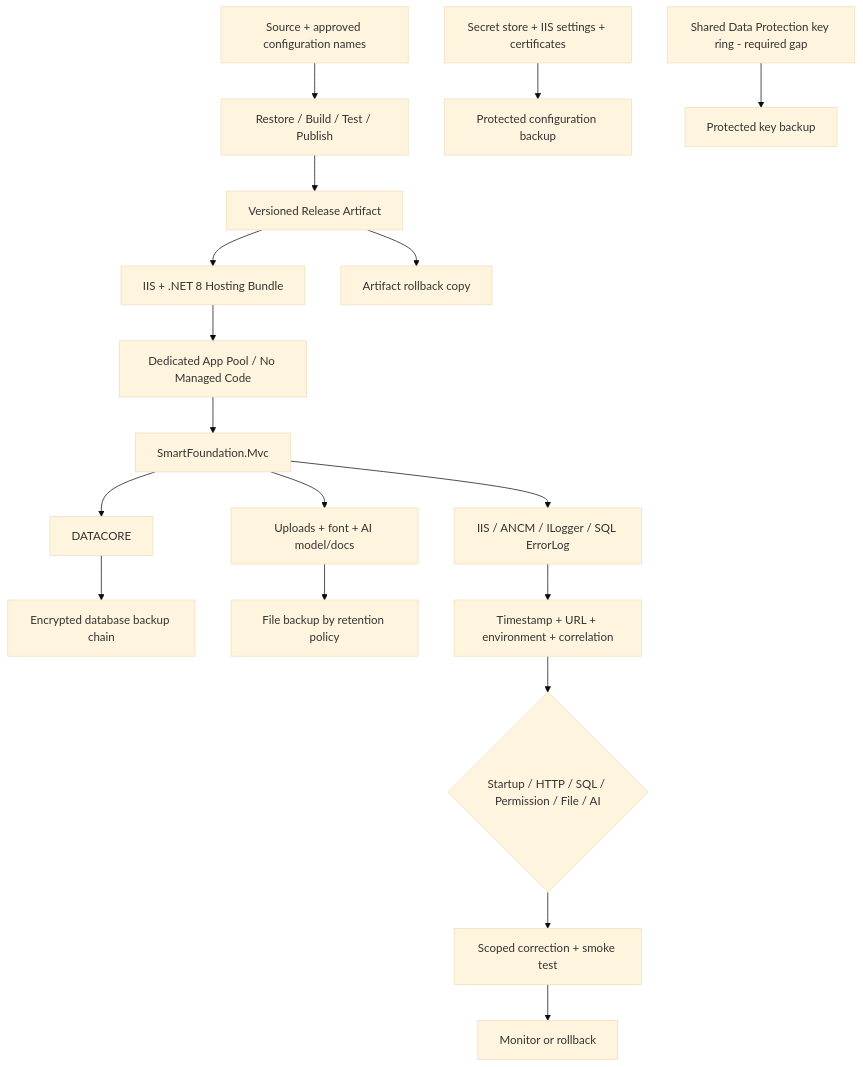
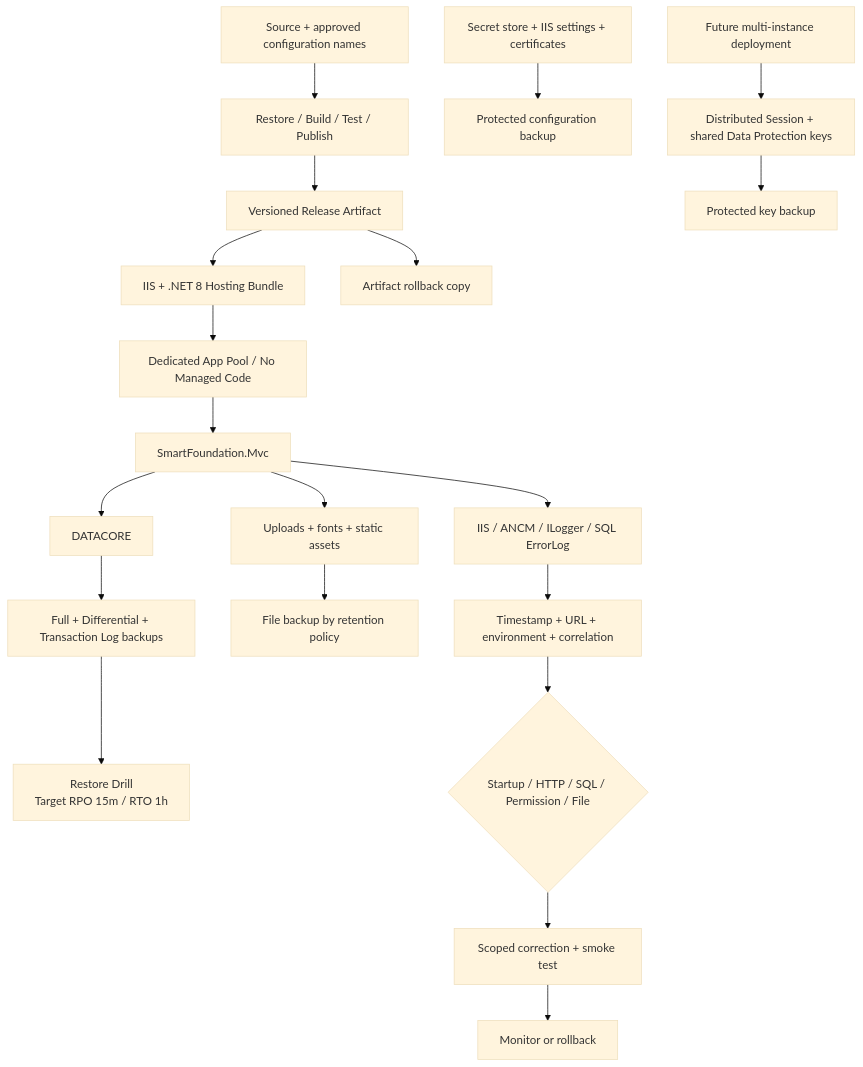
The diagram in Documentation/Diagrams/22-Deployment-Backup-and-Troubleshooting.md (X5B00D/SmartFoundation), drawn with Mermaid (base theme) before and after one commit. The commit also changed other lines of this file and 145 other files, not shown here.

````diff
--- a/Documentation/Diagrams/22-Deployment-Backup-and-Troubleshooting.md
+++ b/Documentation/Diagrams/22-Deployment-Backup-and-Troubleshooting.md
@@ -3,22 +3,23 @@
 ```mermaid
 flowchart TD
     SRC["Source + approved configuration names"] --> CI["Restore / Build / Test / Publish"]
     CI --> ART["Versioned Release Artifact"]
     ART --> IIS["IIS + .NET 8 Hosting Bundle"]
     IIS --> APP["Dedicated App Pool / No Managed Code"]
     APP --> MVC["SmartFoundation.Mvc"]
     MVC --> DB["DATACORE"]
-    MVC --> FILES["Uploads + font + AI model/docs"]
+    MVC --> FILES["Uploads + fonts + static assets"]
     MVC --> LOGS["IIS / ANCM / ILogger / SQL ErrorLog"]
 
-    DB --> BDB["Encrypted database backup chain"]
+    DB --> BDB["Full + Differential + Transaction Log backups"]
+    BDB --> DRILL["Restore Drill\nTarget RPO 15m / RTO 1h"]
     FILES --> BFS["File backup by retention policy"]
     ART --> BAR["Artifact rollback copy"]
     CFG["Secret store + IIS settings + certificates"] --> BCFG["Protected configuration backup"]
-    KEYS["Shared Data Protection key ring - required gap"] --> BKEYS["Protected key backup"]
+    SCALE["Future multi-instance deployment"] --> KEYS["Distributed Session + shared Data Protection keys"] --> BKEYS["Protected key backup"]
 
     LOGS --> TRIAGE["Timestamp + URL + environment + correlation"]
-    TRIAGE --> CLASSIFY{"Startup / HTTP / SQL / Permission / File / AI"}
+    TRIAGE --> CLASSIFY{"Startup / HTTP / SQL / Permission / File"}
     CLASSIFY --> FIX["Scoped correction + smoke test"]
     FIX --> MON["Monitor or rollback"]
 ```
````
